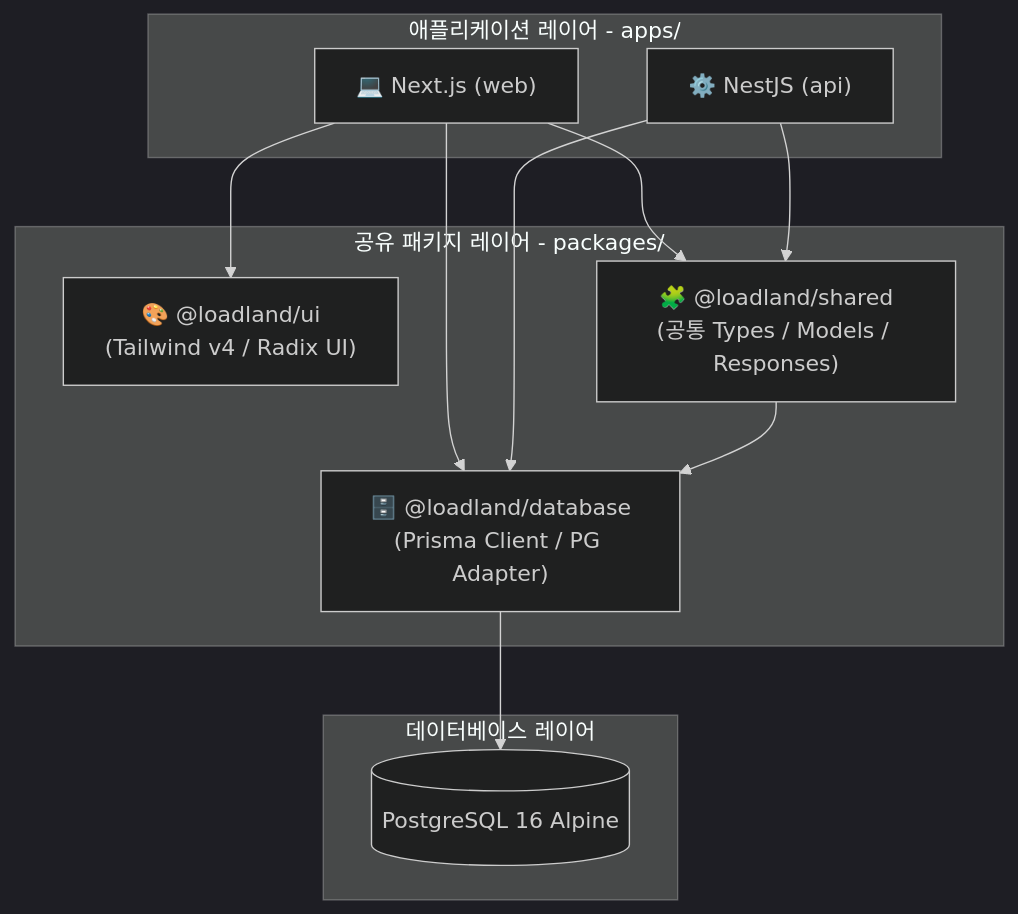
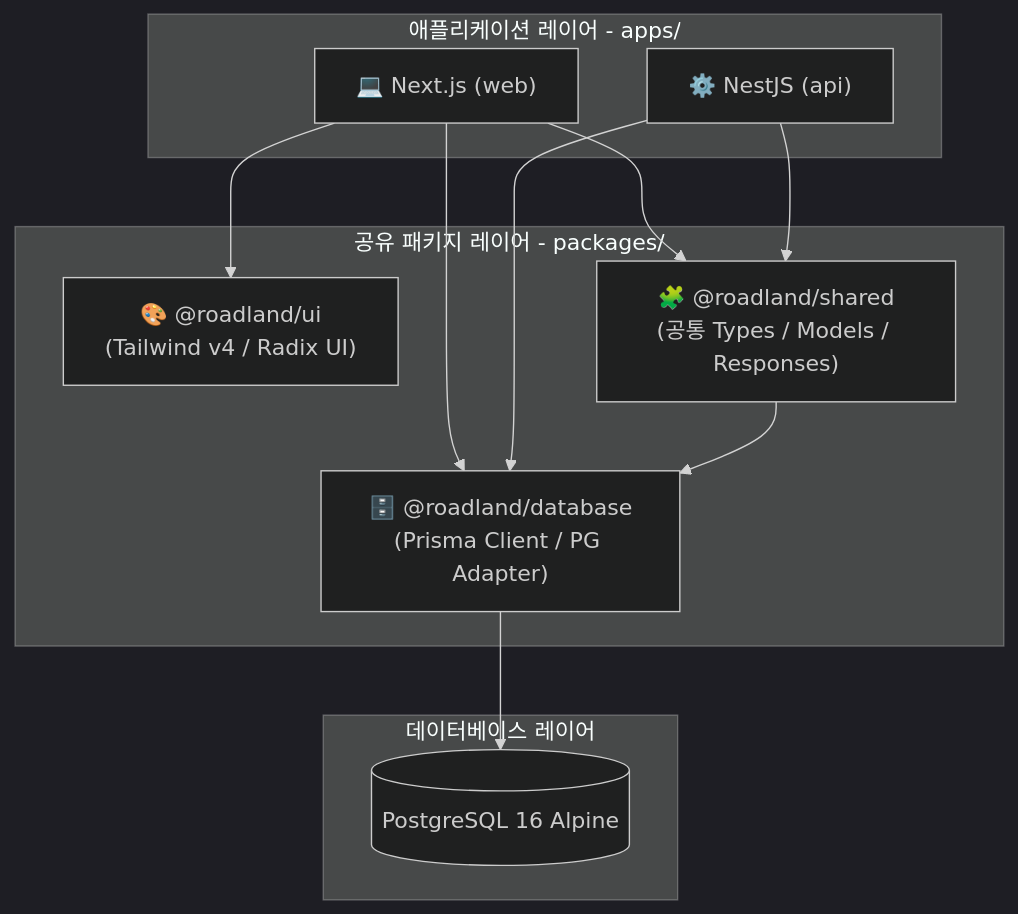
Before and after one commit to doyeonism/hyundai-app-roadland-server: the diagram in README.md, drawn with Mermaid (dark theme). The commit also changed other lines of this file and 110 other files, not shown here.

First line of the commit message:
Rename the workspace scope from loadland to roadland

````diff
--- a/README.md
+++ b/README.md
@@ -11,26 +11,26 @@
 ```mermaid
 graph TD
     subgraph Apps [애플리케이션 레이어 - apps/]
         Web["💻 Next.js (web)"]
         API["⚙️ NestJS (api)"]
     end
 
     subgraph Packages [공유 패키지 레이어 - packages/]
-        UI["🎨 @loadland/ui<br>(Tailwind v4 / Radix UI)"]
-        Shared["🧩 @loadland/shared<br>(공통 Types / Models / Responses)"]
-        DB["🗄️ @loadland/database<br>(Prisma Client / PG Adapter)"]
+        UI["🎨 @roadland/ui<br>(Tailwind v4 / Radix UI)"]
+        Shared["🧩 @roadland/shared<br>(공통 Types / Models / Responses)"]
+        DB["🗄️ @roadland/database<br>(Prisma Client / PG Adapter)"]
     end
 
     subgraph Data [데이터베이스 레이어]
         Postgres[(PostgreSQL 16 Alpine)]
     end
 
     %% 의존성 관계
     Web --> UI
     Web --> Shared
     Web --> DB
     API --> Shared
     API --> DB
     DB --> Postgres
     Shared --> DB
 ```
````
